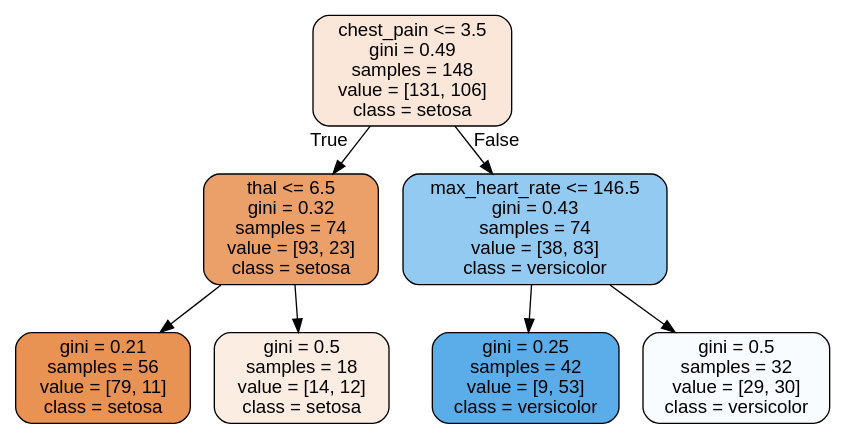
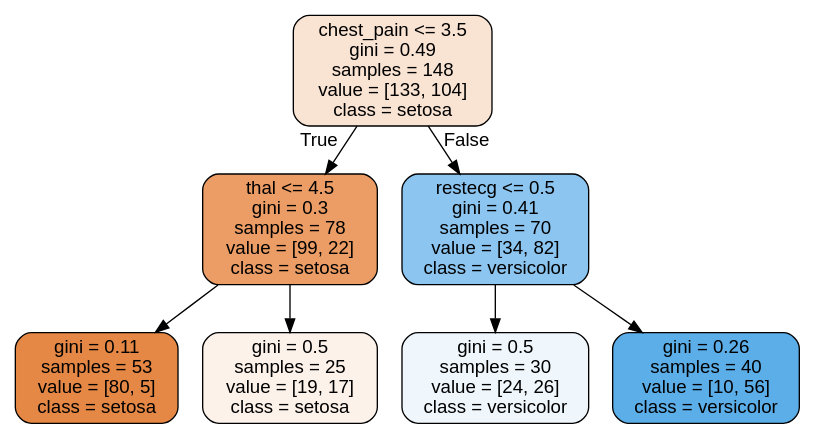
One commit to LoomisLoud/explain-ml changed the diagram in notebooks/tree.dot. Above: the diagram before and after it, drawn with Graphviz. The commit also changed 2 other files, not shown here.

```diff
--- a/notebooks/tree.dot
+++ b/notebooks/tree.dot
@@ -1,17 +1,17 @@
 digraph Tree {
 node [shape=box, style="filled, rounded", color="black", fontname=helvetica] ;
 edge [fontname=helvetica] ;
-0 [label="chest_pain <= 3.5\ngini = 0.49\nsamples = 148\nvalue = [131, 106]\nclass = setosa", fillcolor="#e5813931"] ;
-1 [label="thal <= 6.5\ngini = 0.32\nsamples = 74\nvalue = [93, 23]\nclass = setosa", fillcolor="#e58139c0"] ;
+0 [label="chest_pain <= 3.5\ngini = 0.49\nsamples = 148\nvalue = [133, 104]\nclass = setosa", fillcolor="#e5813938"] ;
+1 [label="thal <= 4.5\ngini = 0.3\nsamples = 78\nvalue = [99, 22]\nclass = setosa", fillcolor="#e58139c6"] ;
 0 -> 1 [labeldistance=2.5, labelangle=45, headlabel="True"] ;
-2 [label="gini = 0.21\nsamples = 56\nvalue = [79, 11]\nclass = setosa", fillcolor="#e58139db"] ;
+2 [label="gini = 0.11\nsamples = 53\nvalue = [80, 5]\nclass = setosa", fillcolor="#e58139ef"] ;
 1 -> 2 ;
-3 [label="gini = 0.5\nsamples = 18\nvalue = [14, 12]\nclass = setosa", fillcolor="#e5813924"] ;
+3 [label="gini = 0.5\nsamples = 25\nvalue = [19, 17]\nclass = setosa", fillcolor="#e581391b"] ;
 1 -> 3 ;
-4 [label="max_heart_rate <= 146.5\ngini = 0.43\nsamples = 74\nvalue = [38, 83]\nclass = versicolor", fillcolor="#399de58a"] ;
+4 [label="restecg <= 0.5\ngini = 0.41\nsamples = 70\nvalue = [34, 82]\nclass = versicolor", fillcolor="#399de595"] ;
 0 -> 4 [labeldistance=2.5, labelangle=-45, headlabel="False"] ;
-5 [label="gini = 0.25\nsamples = 42\nvalue = [9, 53]\nclass = versicolor", fillcolor="#399de5d4"] ;
+5 [label="gini = 0.5\nsamples = 30\nvalue = [24, 26]\nclass = versicolor", fillcolor="#399de514"] ;
 4 -> 5 ;
-6 [label="gini = 0.5\nsamples = 32\nvalue = [29, 30]\nclass = versicolor", fillcolor="#399de508"] ;
+6 [label="gini = 0.26\nsamples = 40\nvalue = [10, 56]\nclass = versicolor", fillcolor="#399de5d1"] ;
 4 -> 6 ;
 }
```
